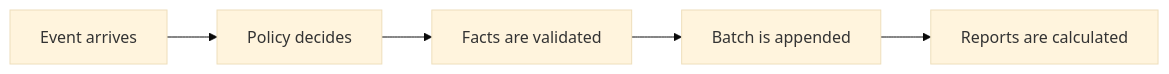
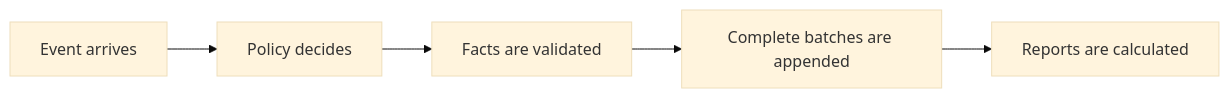
Before and after one commit to sabino/account-ledger-core: the diagram in ARCHITECTURE.md, drawn with Mermaid (base theme). The commit also changed other lines of this file and 9 other files, not shown here.

````diff
--- a/ARCHITECTURE.md
+++ b/ARCHITECTURE.md
@@ -7,7 +7,7 @@
 ```mermaid
 flowchart LR
     A[Event arrives] --> B[Policy decides]
     B --> C[Facts are validated]
-    C --> D[Batch is appended]
+    C --> D[Complete batches are appended]
     D --> E[Reports are calculated]
 ```
````
